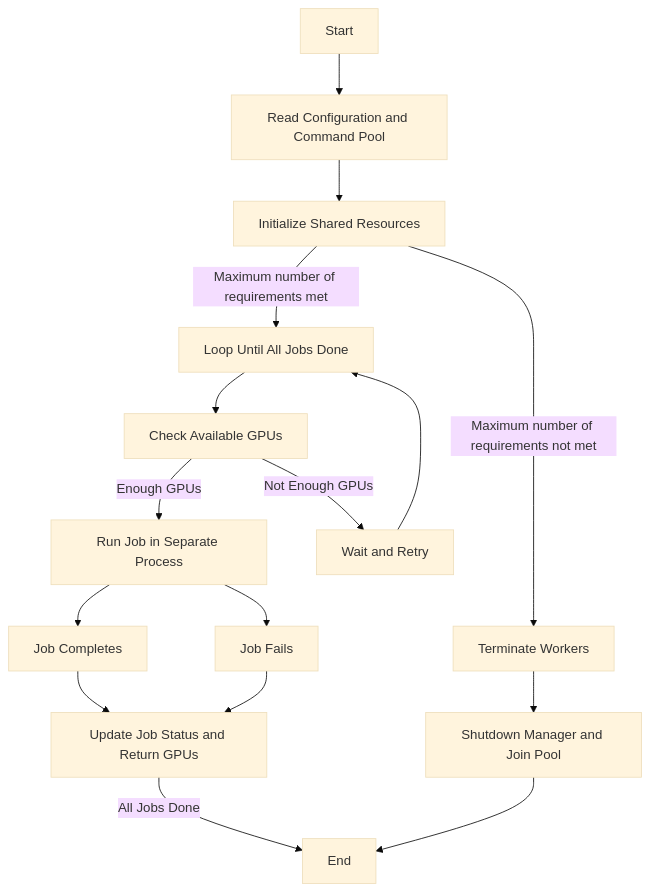
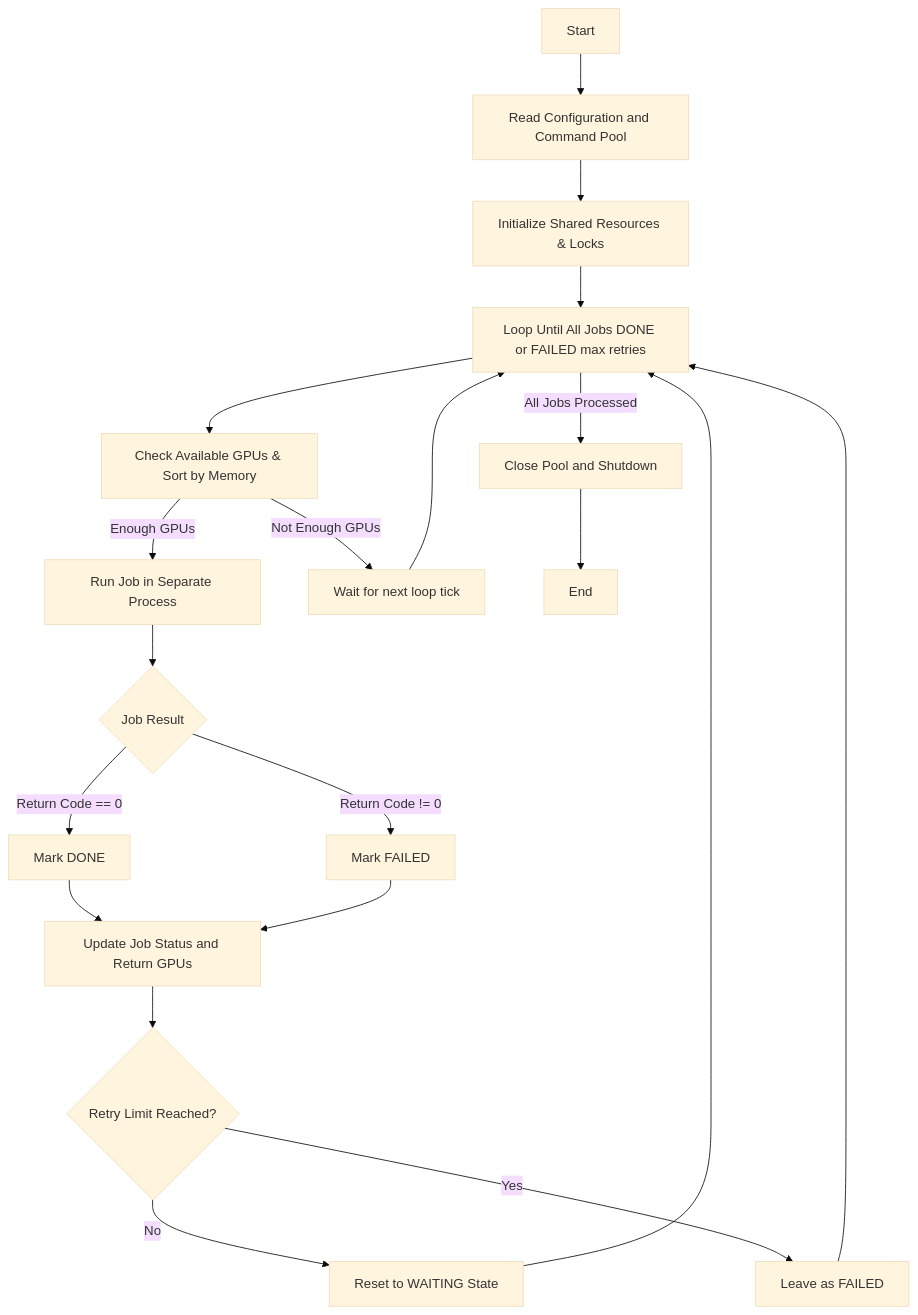
One commit to lartpang/RunIt changed the diagram in README.md. Above: the diagram before and after it, drawn with Mermaid (base theme). The commit also changed other lines of this file and 1 other file, not shown here.

Commit message:
feat: 新增基于 Ray 的任务调度器，支持 VRAM 容器化调度和自动 GPU 隔离，并更新 README 文档以反映新功能和警告。

````diff
--- a/README.md
+++ b/README.md
@@ -39,18 +45,22 @@
 ```mermaid
 graph TD
     A[Start] --> B[Read Configuration and Command Pool]
-    B --> C[Initialize Shared Resources]
-    C --> |Maximum number of requirements met| D[Loop Until All Jobs Done]
-    D --> E[Check Available GPUs]
+    B --> C[Initialize Shared Resources & Locks]
+    C --> D[Loop Until All Jobs DONE or FAILED max retries]
+    D --> E[Check Available GPUs & Sort by Memory]
     E -->|Enough GPUs| F[Run Job in Separate Process]
-    E -->|Not Enough GPUs| G[Wait and Retry]
-    F --> H[Job Completes]
-    F --> I[Job Fails]
-    H --> J[Update Job Status and Return GPUs]
-    I --> J
+    E -->|Not Enough GPUs| G[Wait for next loop tick]
+    F --> H{Job Result}
+    H -->|Return Code == 0| I[Mark DONE]
+    H -->|Return Code != 0| J[Mark FAILED]
+    I --> K[Update Job Status and Return GPUs]
+    J --> K
+    K --> L{Retry Limit Reached?}
+    L -->|No| M[Reset to WAITING State]
+    L -->|Yes| N[Leave as FAILED]
+    M --> D
+    N --> D
     G --> D
-    J -->|All Jobs Done| K[End]
-    C -->|Maximum number of requirements not met| L[Terminate Workers]
-    L --> M[Shutdown Manager and Join Pool]
-    M --> K
+    D -->|All Jobs Processed| O[Close Pool and Shutdown]
+    O --> P[End]
 ```
````
